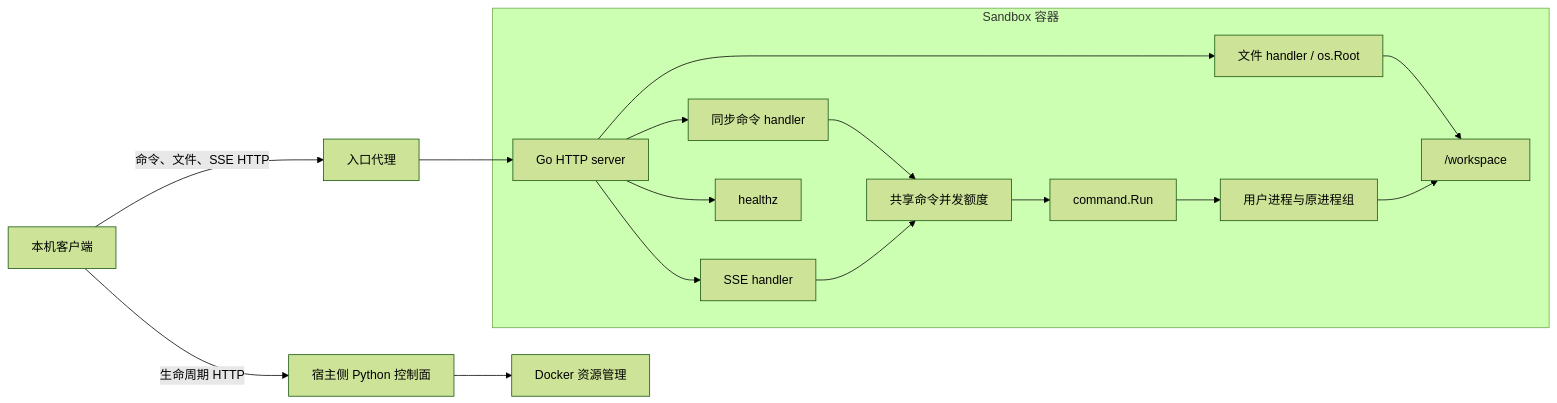
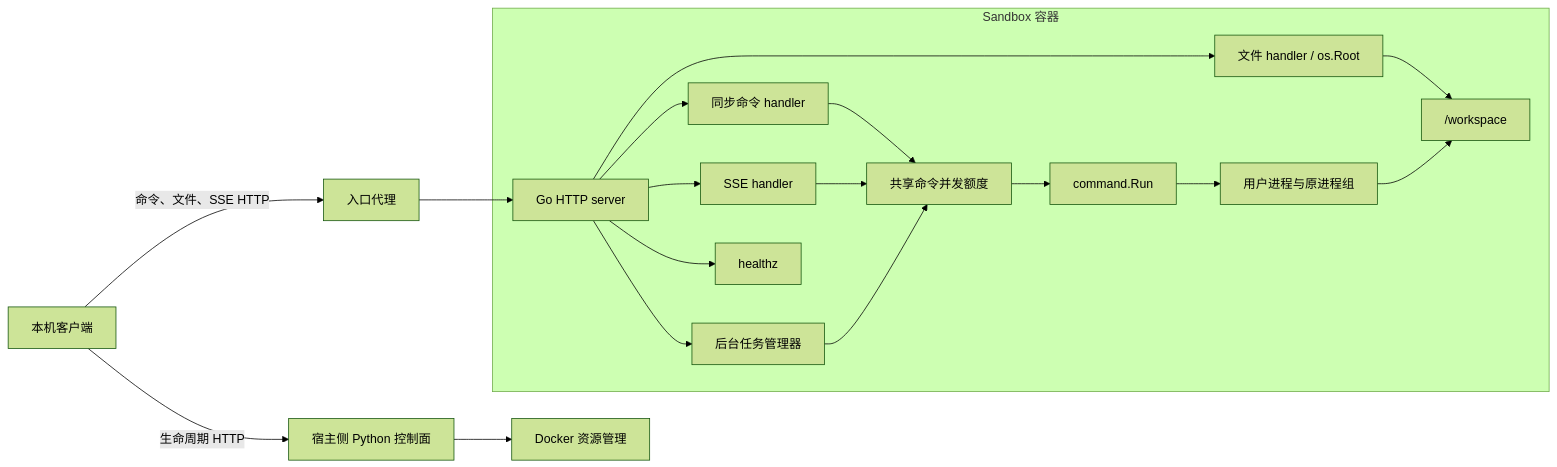
The diagram in docs/sandbox_agent/DESIGN.md (nico-hua/agent-sandbox), drawn with Mermaid (forest theme) before and after one commit. The commit also changed other lines of this file and 10 other files, not shown here.

````diff
--- a/docs/sandbox_agent/DESIGN.md
+++ b/docs/sandbox_agent/DESIGN.md
@@ -11,32 +11,35 @@
 ```mermaid
 flowchart LR
     client[本机客户端]
     cp[宿主侧 Python 控制面]
     docker[Docker 资源管理]
     proxy[入口代理]
     subgraph container[Sandbox 容器]
         http[Go HTTP server]
         sync[同步命令 handler]
         stream[SSE handler]
+        tasks[后台任务管理器]
         limiter[共享命令并发额度]
         runner[command.Run]
         process[用户进程与原进程组]
         files[文件 handler / os.Root]
         workspace["/workspace"]
         health[healthz]
         http --> sync
         http --> stream
+        http --> tasks
         http --> files
         http --> health
         sync --> limiter
         stream --> limiter
+        tasks --> limiter
         limiter --> runner
         runner --> process
         files --> workspace
         process --> workspace
     end
     client -->|生命周期 HTTP| cp
     cp --> docker
     client -->|命令、文件、SSE HTTP| proxy
     proxy --> http
 ```
````
